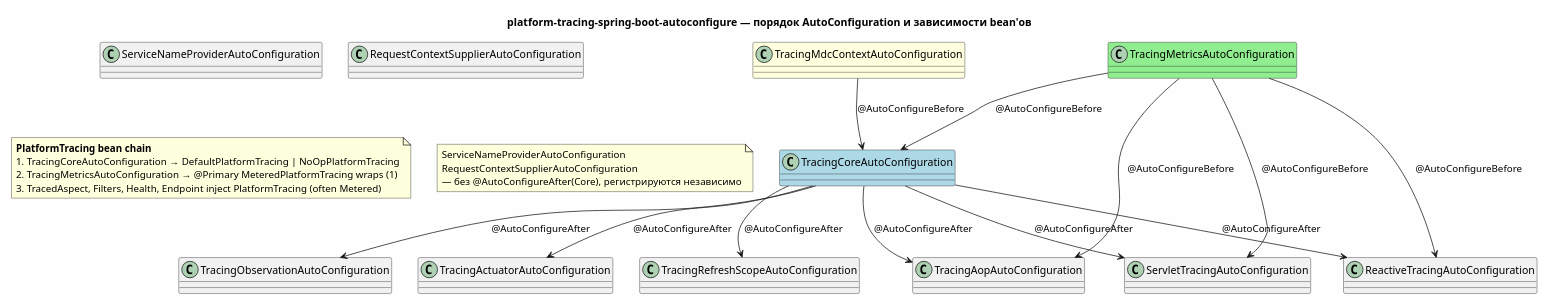
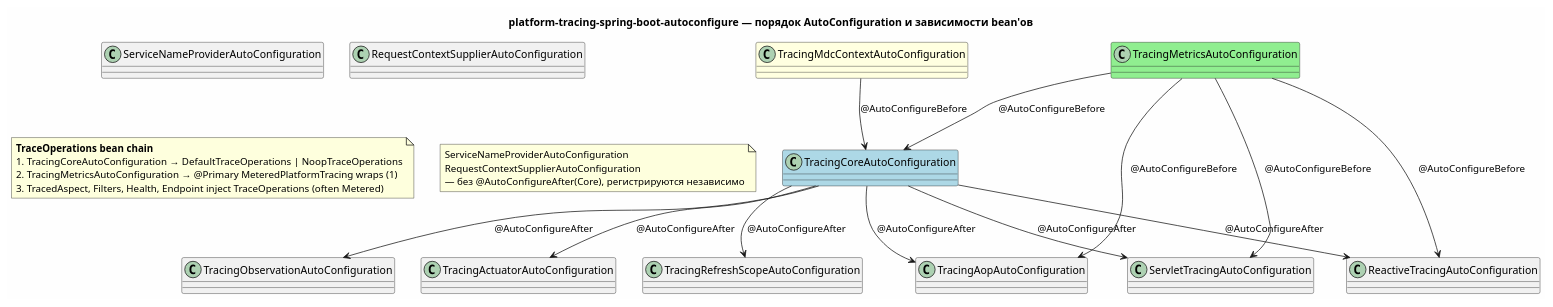
The seventh of 8 diagrams in docs/architecture/platform-tracing-classes.puml (andrew3008/EnglishDictionary), drawn with PlantUML before and after one commit. The commit also changed other lines of this file and 146 other files, not shown here.

Commit message:
refactor(api): rename root tracing facade to TraceOperations

```diff
--- a/docs/architecture/platform-tracing-classes.puml
+++ b/docs/architecture/platform-tracing-classes.puml
@@ -912,46 +912,46 @@
 @startuml platform-tracing-classes-06-autoconfigure-order
 skinparam backgroundColor #FEFEFE
 skinparam shadowing false
 skinparam defaultFontName "Segoe UI"
 
 title platform-tracing-spring-boot-autoconfigure — порядок AutoConfiguration и зависимости bean'ов
 
 class TracingMdcContextAutoConfiguration #LightYellow
 class TracingCoreAutoConfiguration #LightBlue
 class TracingMetricsAutoConfiguration #LightGreen
 class TracingAopAutoConfiguration
 class TracingObservationAutoConfiguration
 class TracingActuatorAutoConfiguration
 class ServletTracingAutoConfiguration
 class ReactiveTracingAutoConfiguration
 class ServiceNameProviderAutoConfiguration
 class RequestContextSupplierAutoConfiguration
 class TracingRefreshScopeAutoConfiguration
 
 TracingMdcContextAutoConfiguration -down-> TracingCoreAutoConfiguration : «@AutoConfigureBefore»
 TracingMetricsAutoConfiguration -down-> TracingCoreAutoConfiguration : «@AutoConfigureBefore»
 TracingMetricsAutoConfiguration -down-> TracingAopAutoConfiguration : «@AutoConfigureBefore»
 TracingMetricsAutoConfiguration -down-> ServletTracingAutoConfiguration : «@AutoConfigureBefore»
 TracingMetricsAutoConfiguration -down-> ReactiveTracingAutoConfiguration : «@AutoConfigureBefore»
 
 TracingCoreAutoConfiguration -down-> TracingAopAutoConfiguration : «@AutoConfigureAfter»
 TracingCoreAutoConfiguration -down-> TracingObservationAutoConfiguration : «@AutoConfigureAfter»
 TracingCoreAutoConfiguration -down-> TracingActuatorAutoConfiguration : «@AutoConfigureAfter»
 TracingCoreAutoConfiguration -down-> ServletTracingAutoConfiguration : «@AutoConfigureAfter»
 TracingCoreAutoConfiguration -down-> ReactiveTracingAutoConfiguration : «@AutoConfigureAfter»
 TracingCoreAutoConfiguration -down-> TracingRefreshScopeAutoConfiguration : «@AutoConfigureAfter»
 
 note as N1
-  **PlatformTracing bean chain**
-  1. TracingCoreAutoConfiguration → DefaultPlatformTracing | NoOpPlatformTracing
+  **TraceOperations bean chain**
+  1. TracingCoreAutoConfiguration → DefaultTraceOperations | NoopTraceOperations
   2. TracingMetricsAutoConfiguration → @Primary MeteredPlatformTracing wraps (1)
-  3. TracedAspect, Filters, Health, Endpoint inject PlatformTracing (often Metered)
+  3. TracedAspect, Filters, Health, Endpoint inject TraceOperations (often Metered)
 end note
 
 note as N2
   ServiceNameProviderAutoConfiguration
   RequestContextSupplierAutoConfiguration
   — без @AutoConfigureAfter(Core), регистрируются независимо
 end note
 
 @enduml
```
